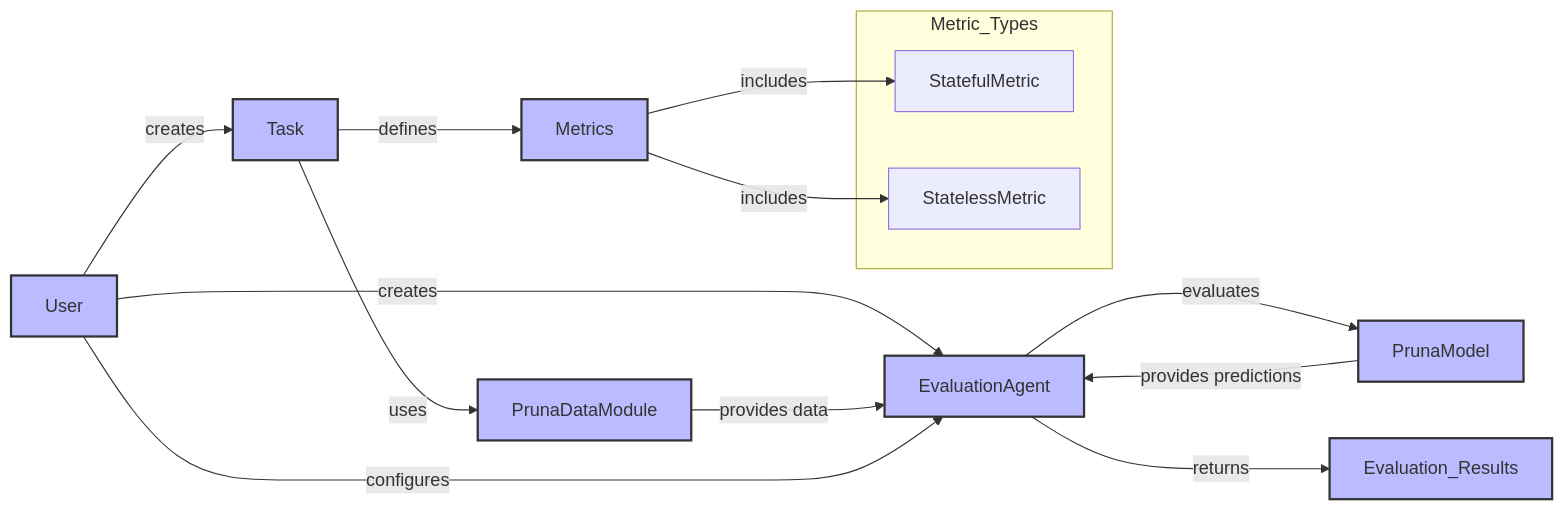
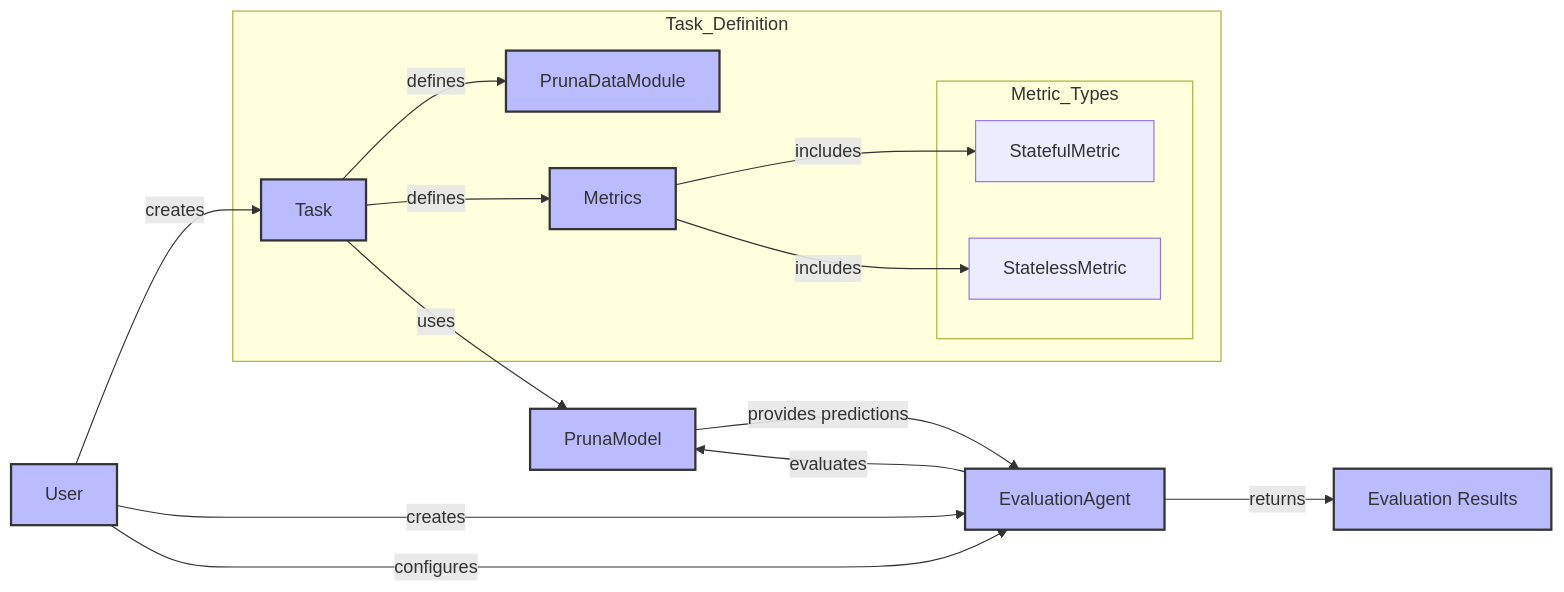
Before and after one commit to PrunaAI/pruna: the diagram in docs/user_manual/evaluate.rst, drawn with Mermaid. The commit also changed other lines of this file and 9 other files, not shown here.

First line of the commit message:
docs: enhance user manual with new sections on customizing algorithms, datasets, metrics, and model optimization

```diff
--- a/docs/user_manual/evaluate.rst
+++ b/docs/user_manual/evaluate.rst
@@ -16,28 +16,35 @@
 .. mermaid::
    :align: center
 
    graph LR
     User -->|creates| Task
     User -->|creates| EvaluationAgent
-    Task -->|uses| PrunaDataModule
+    Task -->|defines| PrunaDataModule
     Task -->|defines| Metrics
+    Task -->|uses| PrunaModel
     Metrics -->|includes| StatefulMetric
     Metrics -->|includes| StatelessMetric
-    PrunaDataModule -->|provides data| EvaluationAgent
     PrunaModel -->|provides predictions| EvaluationAgent
     EvaluationAgent -->|evaluates| PrunaModel
-    EvaluationAgent -->|returns| Evaluation_Results
+    EvaluationAgent -->|returns| C["Evaluation Results"]
     User -->|configures| EvaluationAgent
 
     subgraph Metric_Types
-        StatefulMetric
-        StatelessMetric
+    StatefulMetric
+    StatelessMetric
+    end
+
+    subgraph Task_Definition
+    Task
+    PrunaDataModule
+    Metrics
+    Metric_Types
     end
 
     style User fill:#bbf,stroke:#333,stroke-width:2px
     style Task fill:#bbf,stroke:#333,stroke-width:2px
     style EvaluationAgent fill:#bbf,stroke:#333,stroke-width:2px
     style PrunaDataModule fill:#bbf,stroke:#333,stroke-width:2px
     style PrunaModel fill:#bbf,stroke:#333,stroke-width:2px
-    style Evaluation_Results fill:#bbf,stroke:#333,stroke-width:2px
+    style C fill:#bbf,stroke:#333,stroke-width:2px
     style Metrics fill:#bbf,stroke:#333,stroke-width:2px
```
